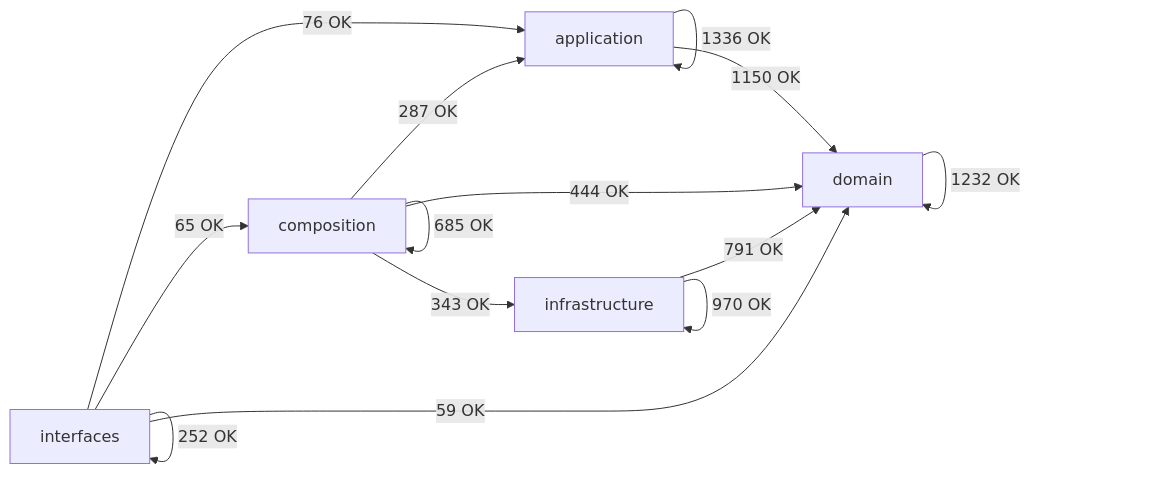
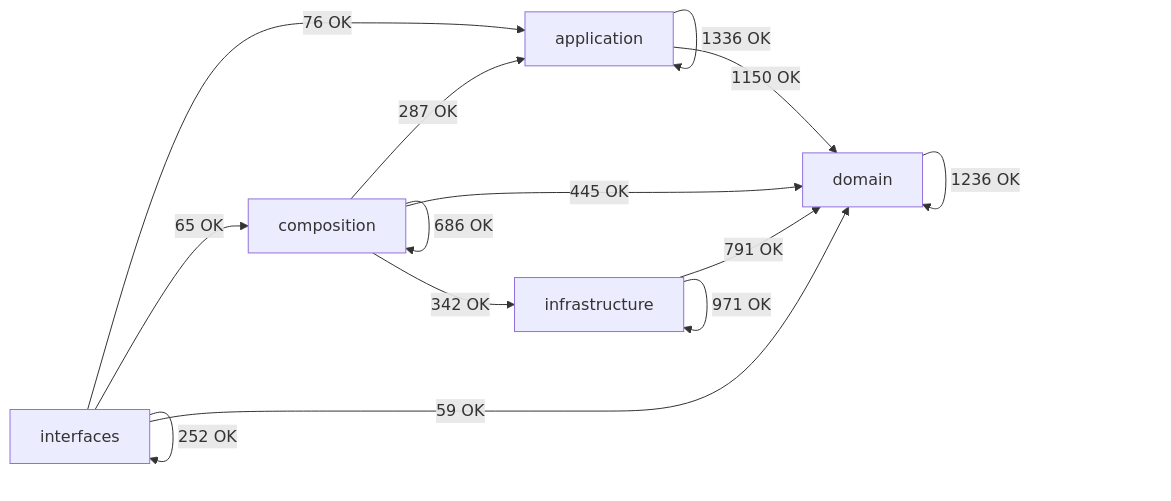
One commit to SatoryKono/BioactivityDataAcquisition changed the diagram in docs/02-architecture/generated/module-dependency-map.md. Above: the diagram before and after it, drawn with Mermaid. The commit also changed other lines of this file and 24 other files, not shown here.

````diff
--- a/docs/02-architecture/generated/module-dependency-map.md
+++ b/docs/02-architecture/generated/module-dependency-map.md
@@ -17,21 +17,21 @@
 ```mermaid
 flowchart LR
     domain[domain]
     application[application]
     infrastructure[infrastructure]
     composition[composition]
     interfaces[interfaces]
     application -->|1336 OK| application
     application -->|1150 OK| domain
     composition -->|287 OK| application
-    composition -->|685 OK| composition
-    composition -->|444 OK| domain
-    composition -->|343 OK| infrastructure
-    domain -->|1232 OK| domain
+    composition -->|686 OK| composition
+    composition -->|445 OK| domain
+    composition -->|342 OK| infrastructure
+    domain -->|1236 OK| domain
     infrastructure -->|791 OK| domain
-    infrastructure -->|970 OK| infrastructure
+    infrastructure -->|971 OK| infrastructure
     interfaces -->|76 OK| application
     interfaces -->|65 OK| composition
     interfaces -->|59 OK| domain
     interfaces -->|252 OK| interfaces
 ```
````
